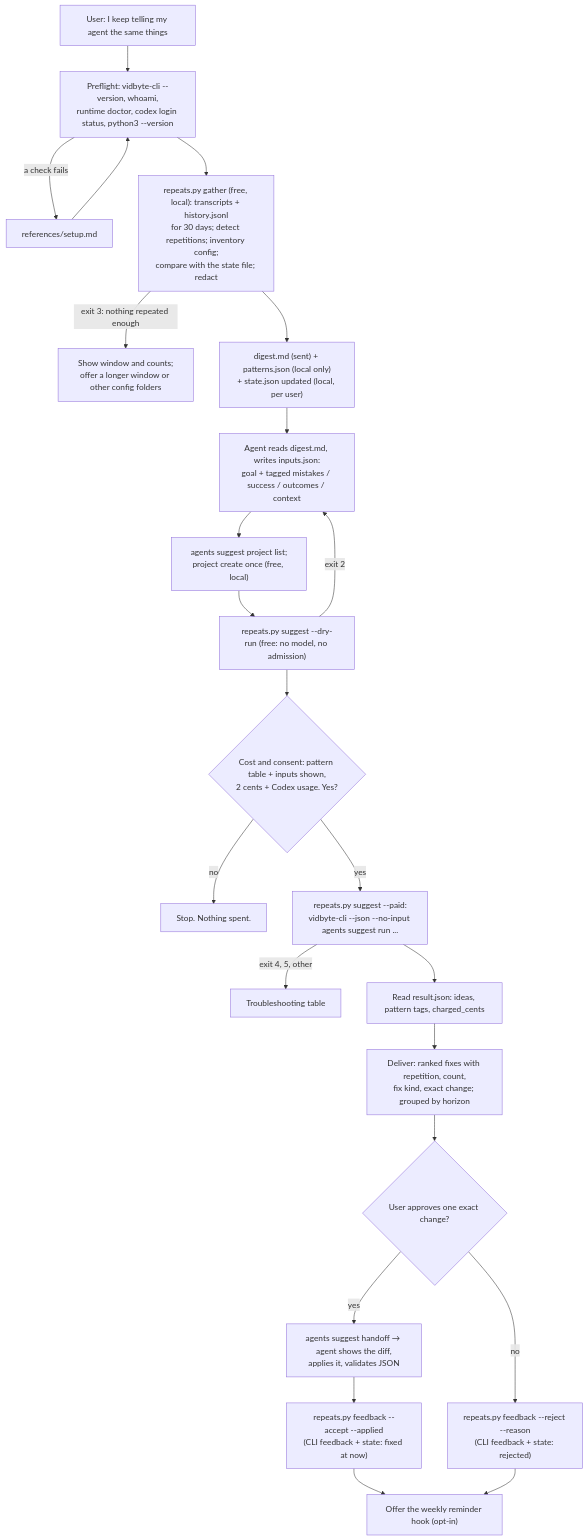
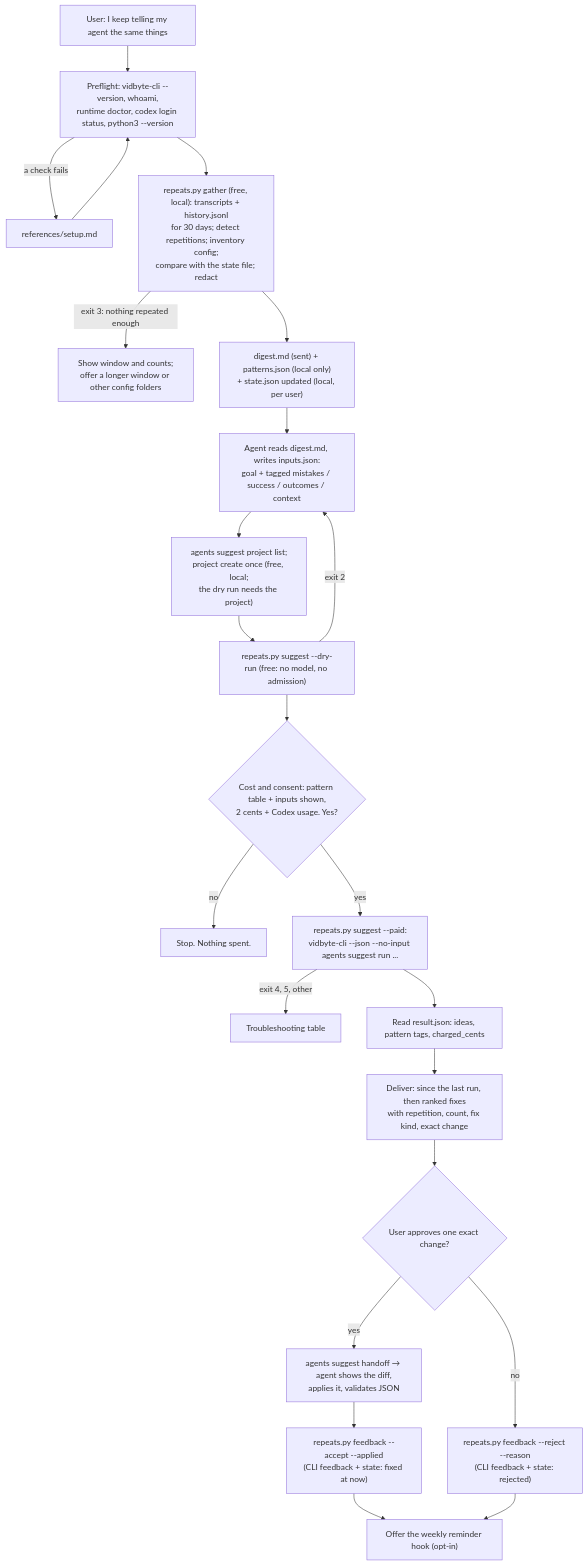
One commit to cerredz/vidbyte-cli changed the diagram in docs/design/stop-repeating-yourself.md. Above: the diagram before and after it, drawn with Mermaid. The commit also changed other lines of this file and 4 other files, not shown here.

````diff
--- a/docs/design/stop-repeating-yourself.md
+++ b/docs/design/stop-repeating-yourself.md
@@ -35,23 +35,23 @@
 ```mermaid
 flowchart TD
     A["User: I keep telling my agent the same things"] --> B["Preflight: vidbyte-cli --version, whoami,<br/>runtime doctor, codex login status, python3 --version"]
     B -->|a check fails| S["references/setup.md"] --> B
     B --> C["repeats.py gather (free, local): transcripts + history.jsonl<br/>for 30 days; detect repetitions; inventory config;<br/>compare with the state file; redact"]
     C -->|exit 3: nothing repeated enough| W["Show window and counts;<br/>offer a longer window or other config folders"]
     C --> D["digest.md (sent) + patterns.json (local only)<br/>+ state.json updated (local, per user)"]
     D --> E["Agent reads digest.md, writes inputs.json:<br/>goal + tagged mistakes / success / outcomes / context"]
-    E --> P["agents suggest project list;<br/>project create once (free, local)"]
+    E --> P["agents suggest project list;<br/>project create once (free, local;<br/>the dry run needs the project)"]
     P --> F["repeats.py suggest --dry-run (free: no model, no admission)"]
     F -->|exit 2| E
     F --> G{"Cost and consent: pattern table + inputs shown,<br/>2 cents + Codex usage. Yes?"}
     G -->|no| Z["Stop. Nothing spent."]
     G -->|yes| H["repeats.py suggest --paid:<br/>vidbyte-cli --json --no-input agents suggest run ..."]
     H -->|exit 4, 5, other| T["Troubleshooting table"]
     H --> I["Read result.json: ideas, pattern tags, charged_cents"]
-    I --> J["Deliver: ranked fixes with repetition, count,<br/>fix kind, exact change; grouped by horizon"]
+    I --> J["Deliver: since the last run, then ranked fixes<br/>with repetition, count, fix kind, exact change"]
     J --> K{"User approves one exact change?"}
     K -->|yes| L["agents suggest handoff → agent shows the diff,<br/>applies it, validates JSON"] --> M["repeats.py feedback --accept --applied<br/>(CLI feedback + state: fixed at now)"]
     K -->|no| N["repeats.py feedback --reject --reason<br/>(CLI feedback + state: rejected)"]
     M --> R["Offer the weekly reminder hook (opt-in)"]
     N --> R
 ```
````
